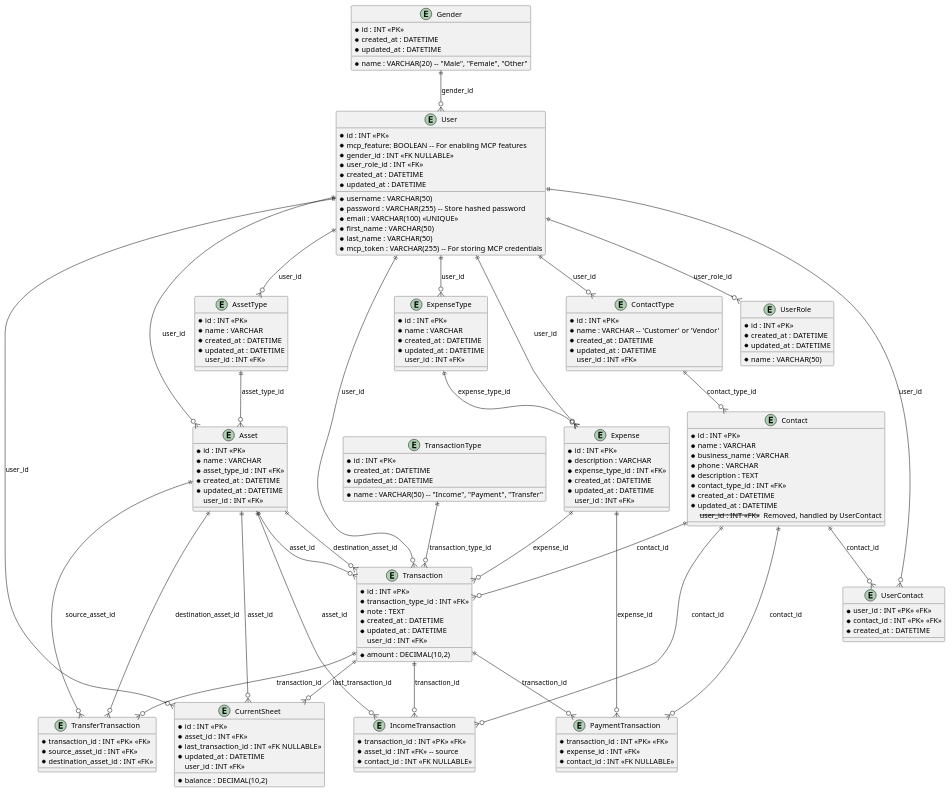
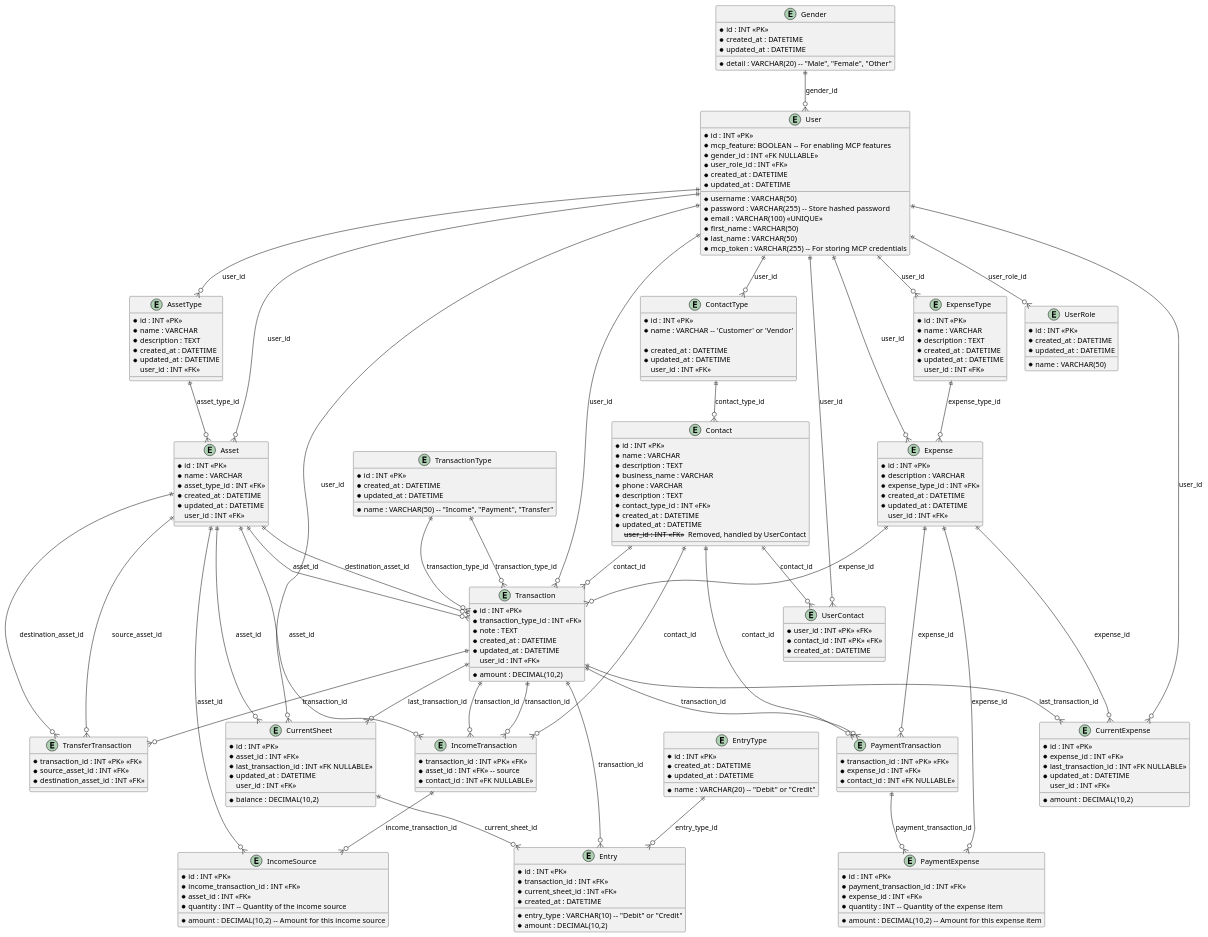
Before and after one commit to otterdev0341/flux-light-house: the diagram in docs/er_diagram.plantuml, drawn with PlantUML. The commit also changed 11 other files, not shown here.

```diff
--- a/docs/er_diagram.plantuml
+++ b/docs/er_diagram.plantuml
@@ -4,6 +4,7 @@
 entity AssetType {
   *id : INT <<PK>>
   *name : VARCHAR
+  *description : TEXT
   *created_at : DATETIME
   *updated_at : DATETIME
   user_id : INT <<FK>>
@@ -23,6 +24,7 @@
 entity ExpenseType {
   *id : INT <<PK>>
   *name : VARCHAR
+  *description : TEXT
   *created_at : DATETIME
   *updated_at : DATETIME
   user_id : INT <<FK>>
@@ -42,6 +44,7 @@
 entity ContactType {
   *id : INT <<PK>>
   *name : VARCHAR -- 'Customer' or 'Vendor'
+  
   *created_at : DATETIME
   *updated_at : DATETIME
   user_id : INT <<FK>>
@@ -51,6 +54,7 @@
 entity Contact {
   *id : INT <<PK>>
   *name : VARCHAR
+  *description : TEXT
   *business_name : VARCHAR
   *phone : VARCHAR
   *description : TEXT
@@ -99,6 +103,13 @@
   *contact_id : INT <<FK NULLABLE>>
 }
 
+entity IncomeSource {
+  *id : INT <<PK>>
+  *income_transaction_id : INT <<FK>>
+  *asset_id : INT <<FK>>
+  *quantity : INT -- Quantity of the income source
+  *amount : DECIMAL(10,2) -- Amount for this income source
+}
 
 entity PaymentTransaction {
   *transaction_id : INT <<PK>> <<FK>>
@@ -106,6 +117,13 @@
   *contact_id : INT <<FK NULLABLE>>
 }
 
+entity PaymentExpense {
+  *id : INT <<PK>>
+  *payment_transaction_id : INT <<FK>>
+  *expense_id : INT <<FK>>
+  *quantity : INT -- Quantity of the expense item
+  *amount : DECIMAL(10,2) -- Amount for this expense item
+}
 
 entity TransferTransaction {
   *transaction_id : INT <<PK>> <<FK>>
@@ -123,10 +141,35 @@
   user_id : INT <<FK>>
 }
 
+entity CurrentExpense {
+  *id : INT <<PK>>
+  *expense_id : INT <<FK>>
+  *amount : DECIMAL(10,2)
+  *last_transaction_id : INT <<FK NULLABLE>>
+  *updated_at : DATETIME
+  user_id : INT <<FK>>
+}
+
+entity Entry {
+  *id : INT <<PK>>
+  *transaction_id : INT <<FK>>
+  *current_sheet_id : INT <<FK>>
+  *entry_type : VARCHAR(10) -- "Debit" or "Credit"
+  *amount : DECIMAL(10,2)
+  *created_at : DATETIME
+}
+
+entity EntryType {
+  *id : INT <<PK>>
+  *name : VARCHAR(20) -- "Debit" or "Credit"
+  *created_at : DATETIME
+  *updated_at : DATETIME
+}
+
 ' Done
 entity Gender {
   *id : INT <<PK>>
-  *name : VARCHAR(20) -- "Male", "Female", "Other"
+  *detail : VARCHAR(20) -- "Male", "Female", "Other"
   *created_at : DATETIME
   *updated_at : DATETIME
 }
@@ -209,5 +252,19 @@
 Asset ||--o{ TransferTransaction : source_asset_id
 Asset ||--o{ TransferTransaction : destination_asset_id
 
+PaymentTransaction ||--o{ PaymentExpense : payment_transaction_id
+Expense ||--o{ PaymentExpense : expense_id
 
+TransactionType ||--o{ Transaction : transaction_type_id
+Transaction ||--o{ IncomeTransaction : transaction_id
+
+IncomeTransaction ||--o{ IncomeSource : income_transaction_id
+Asset ||--o{ IncomeSource : asset_id
+
+Transaction ||--o{ Entry : transaction_id
+CurrentSheet ||--o{ Entry : current_sheet_id
+EntryType ||--o{ Entry : entry_type_id
+Expense ||--o{ CurrentExpense : expense_id
+Transaction ||--o{ CurrentExpense : last_transaction_id
+User ||--o{ CurrentExpense : user_id
 @enduml
```
